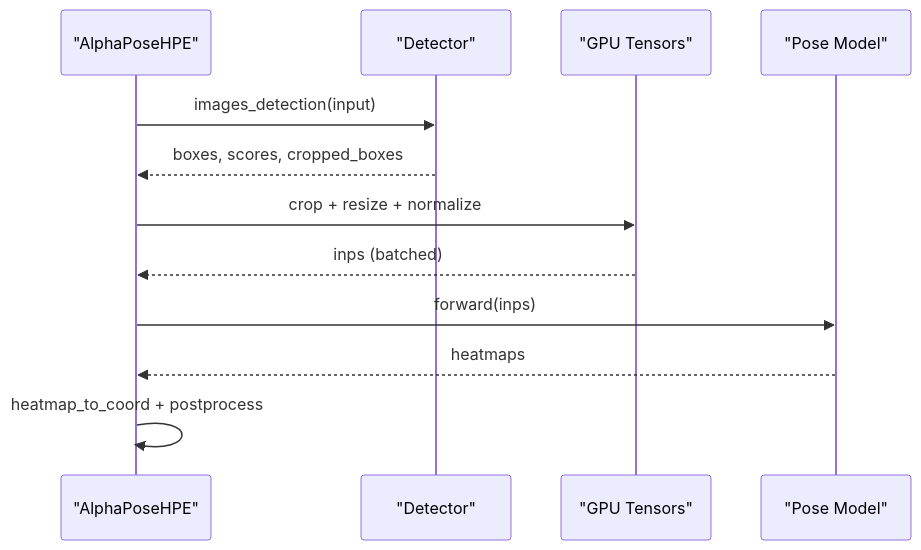
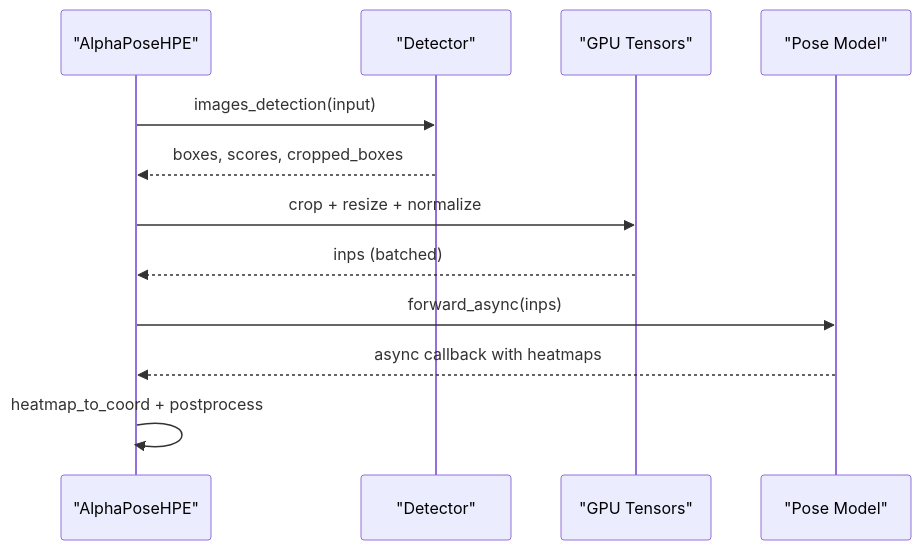
One commit to Fogus-Gr/MeasurementsDTs changed the seventh of 10 diagrams in .qoder/repowiki/en/content/Performance Optimization/Model Optimization.md. Above: the diagram before and after it, drawn with Mermaid. The commit also changed other lines of this file and 14 other files, not shown here.

````diff
--- a/.qoder/repowiki/en/content/Performance Optimization/Model Optimization.md
+++ b/.qoder/repowiki/en/content/Performance Optimization/Model Optimization.md
@@ -276,14 +359,14 @@
 ```mermaid
 sequenceDiagram
 participant AP as "AlphaPoseHPE"
 participant Det as "Detector"
 participant GPU as "GPU Tensors"
 participant Pose as "Pose Model"
 AP->>Det : images_detection(input)
 Det-->>AP : boxes, scores, cropped_boxes
 AP->>GPU : crop + resize + normalize
 GPU-->>AP : inps (batched)
-AP->>Pose : forward(inps)
-Pose-->>AP : heatmaps
+AP->>Pose : forward_async(inps)
+Pose-->>AP : async callback with heatmaps
 AP->>AP : heatmap_to_coord + postprocess
 ```
````
